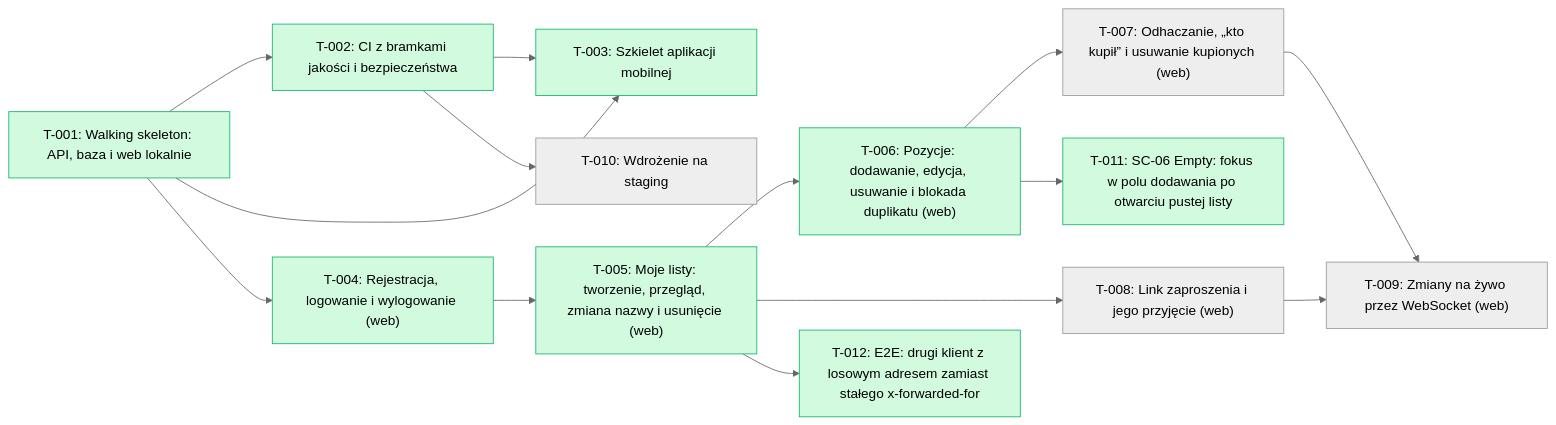
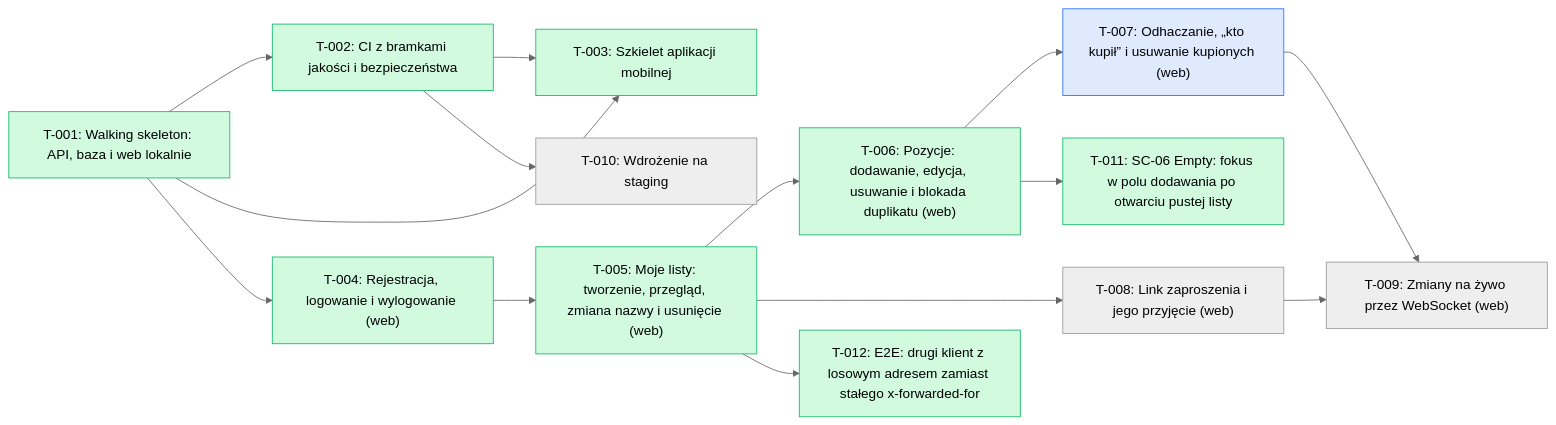
Before and after one commit to tombraz/lista-zakupow: the diagram in docs/backlog/index.md, drawn with Mermaid (neutral theme). The commit also changed other lines of this file and 56 other files, not shown here.

Commit message:
T-007: Odhaczanie, „kto kupił” i usuwanie kupionych (web)

````diff
--- a/docs/backlog/index.md
+++ b/docs/backlog/index.md
@@ -19,32 +18,32 @@
 ```mermaid
 flowchart LR
   T_001["T-001: Walking skeleton: API, baza i web lokalnie"]:::done
   T_002["T-002: CI z bramkami jakości i bezpieczeństwa"]:::done
   T_003["T-003: Szkielet aplikacji mobilnej"]:::done
   T_004["T-004: Rejestracja, logowanie i wylogowanie (web)"]:::done
   T_005["T-005: Moje listy: tworzenie, przegląd, zmiana nazwy i usunięcie (web)"]:::done
   T_006["T-006: Pozycje: dodawanie, edycja, usuwanie i blokada duplikatu (web)"]:::done
-  T_007["T-007: Odhaczanie, „kto kupił” i usuwanie kupionych (web)"]
+  T_007["T-007: Odhaczanie, „kto kupił” i usuwanie kupionych (web)"]:::qa
   T_008["T-008: Link zaproszenia i jego przyjęcie (web)"]
   T_009["T-009: Zmiany na żywo przez WebSocket (web)"]
   T_010["T-010: Wdrożenie na staging"]
   T_011["T-011: SC-06 Empty: fokus w polu dodawania po otwarciu pustej listy"]:::done
   T_012["T-012: E2E: drugi klient z losowym adresem zamiast stałego x-forwarded-for"]:::done
   T_001 --> T_002
   T_001 --> T_003
   T_002 --> T_003
   T_001 --> T_004
   T_004 --> T_005
   T_005 --> T_006
   T_006 --> T_007
   T_005 --> T_008
   T_007 --> T_009
   T_008 --> T_009
   T_002 --> T_010
   T_006 --> T_011
   T_005 --> T_012
   classDef done fill:#d1fadf,stroke:#12b76a
   classDef wip fill:#fef0c7,stroke:#f79009
   classDef qa fill:#e0eaff,stroke:#2970ff
   classDef blocked fill:#fee4e2,stroke:#f04438
 ```
````
